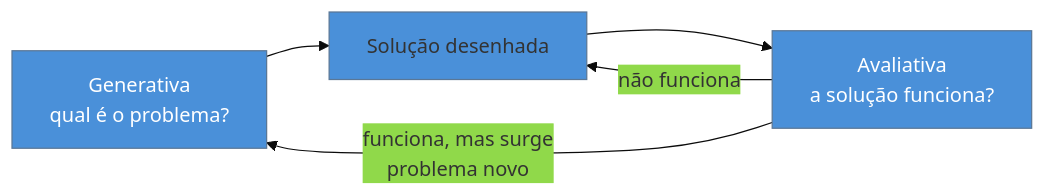
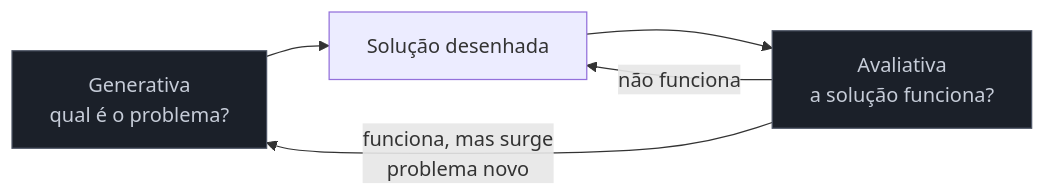
The diagram in 03-Dominios/Engenharia/UX/Descoberta e Pesquisa/06 - Generativa vs avaliativa.md (josenaldo/codex-technomanticus), drawn with Mermaid before and after one commit. The commit also changed 1181 other files, not shown here.

First line of the commit message:
fix(diagramas): paleta do sistema no lugar de cor cravada no markdown

````diff
--- a/03-Dominios/Engenharia/UX/Descoberta e Pesquisa/06 - Generativa vs avaliativa.md
+++ b/03-Dominios/Engenharia/UX/Descoberta e Pesquisa/06 - Generativa vs avaliativa.md
@@ -39,10 +39,10 @@
 ```mermaid
-%%{init: {"theme": "base", "themeVariables": {"primaryColor": "#4A90D9"}}}%%
 graph LR
+    classDef neutro fill:#1B2029,stroke:#4E5666,color:#C6CCD8
     A["Generativa<br/>qual é o problema?"] --> B["Solução desenhada"]
     B --> C["Avaliativa<br/>a solução funciona?"]
     C -->|"não funciona"| B
     C -->|"funciona, mas surge<br/>problema novo"| A
-    style A fill:#4A90D9,color:#fff
-    style C fill:#4A90D9,color:#fff
+    class A neutro
+    class C neutro
 ```
````
